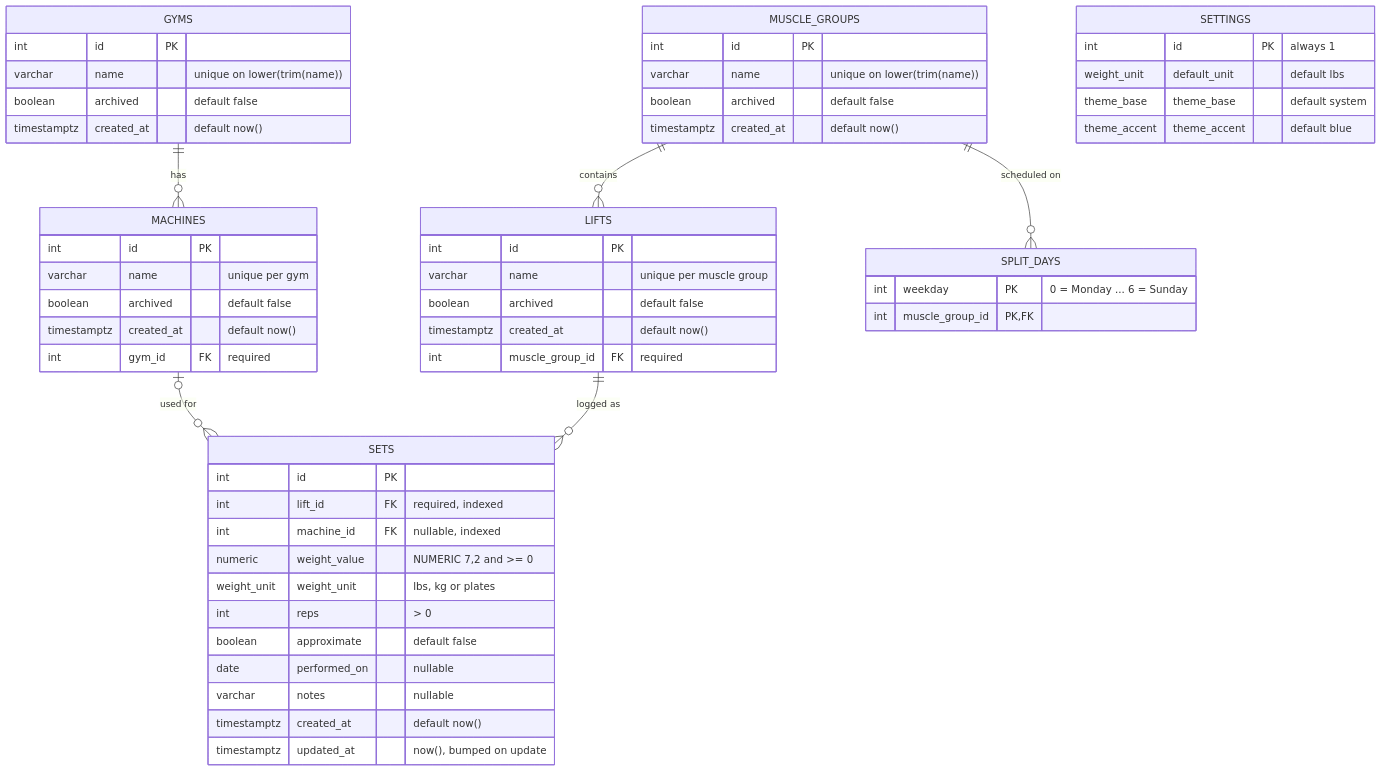
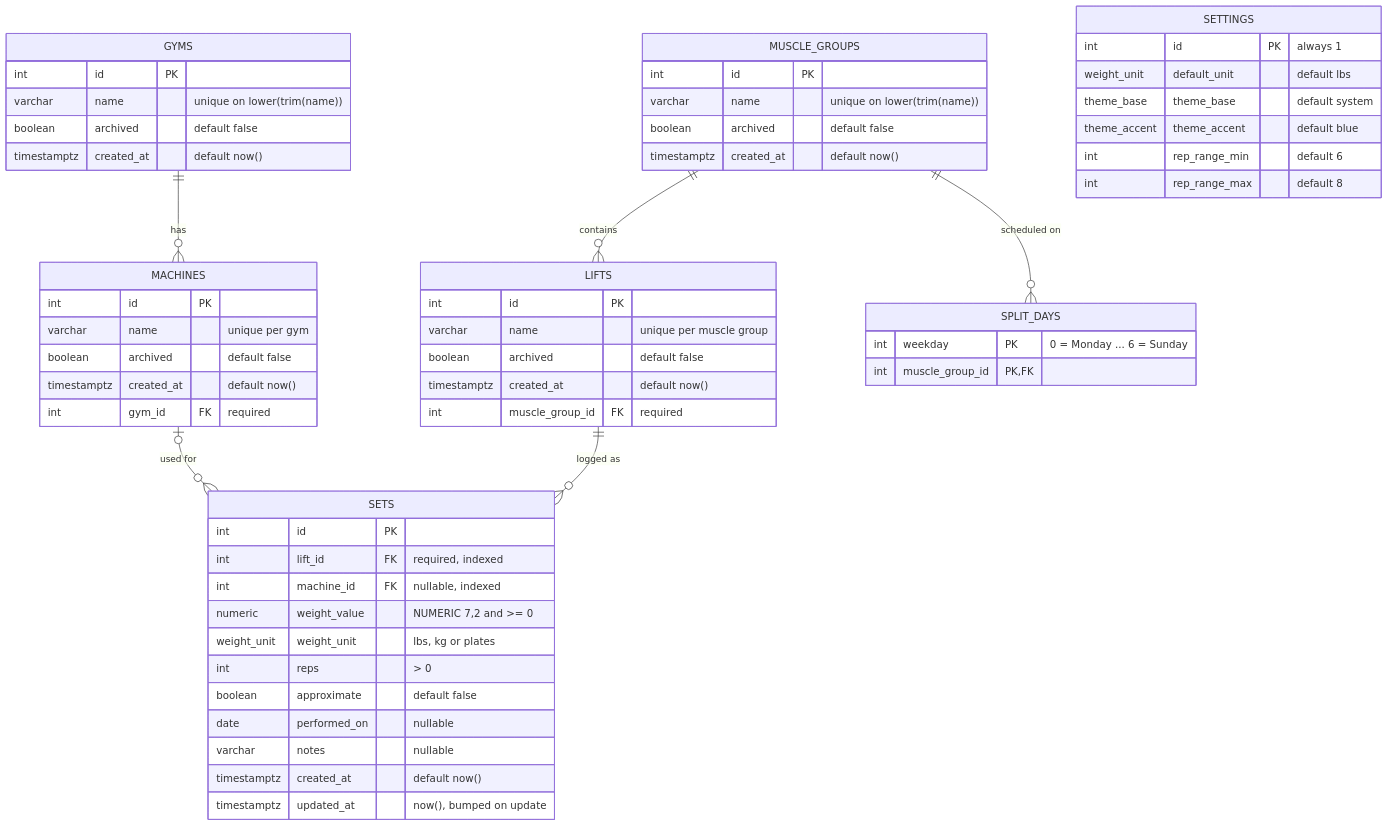
Before and after one commit to coopermay/fitness-tracker: the diagram in docs/03-database/README.md, drawn with Mermaid. The commit also changed 47 other files, not shown here.

First line of the commit message:
Today tab: usual lifts, last session and targets; target rep range setting

````diff
--- a/docs/03-database/README.md
+++ b/docs/03-database/README.md
@@ -9,58 +9,60 @@
 ```mermaid
 erDiagram
     GYMS ||--o{ MACHINES : "has"
     MUSCLE_GROUPS ||--o{ LIFTS : "contains"
     MUSCLE_GROUPS ||--o{ SPLIT_DAYS : "scheduled on"
     LIFTS ||--o{ SETS : "logged as"
     MACHINES |o--o{ SETS : "used for"
 
     GYMS {
         int id PK
         varchar name "unique on lower(trim(name))"
         boolean archived "default false"
         timestamptz created_at "default now()"
     }
     MUSCLE_GROUPS {
         int id PK
         varchar name "unique on lower(trim(name))"
         boolean archived "default false"
         timestamptz created_at "default now()"
     }
     LIFTS {
         int id PK
         varchar name "unique per muscle group"
         boolean archived "default false"
         timestamptz created_at "default now()"
         int muscle_group_id FK "required"
     }
     MACHINES {
         int id PK
         varchar name "unique per gym"
         boolean archived "default false"
         timestamptz created_at "default now()"
         int gym_id FK "required"
     }
     SETS {
         int id PK
         int lift_id FK "required, indexed"
         int machine_id FK "nullable, indexed"
         numeric weight_value "NUMERIC 7,2 and >= 0"
         weight_unit weight_unit "lbs, kg or plates"
         int reps "> 0"
         boolean approximate "default false"
         date performed_on "nullable"
         varchar notes "nullable"
         timestamptz created_at "default now()"
         timestamptz updated_at "now(), bumped on update"
     }
     SETTINGS {
         int id PK "always 1"
         weight_unit default_unit "default lbs"
         theme_base theme_base "default system"
         theme_accent theme_accent "default blue"
+        int rep_range_min "default 6"
+        int rep_range_max "default 8"
     }
     SPLIT_DAYS {
         int weekday PK "0 = Monday ... 6 = Sunday"
         int muscle_group_id PK, FK
     }
 ```
````
